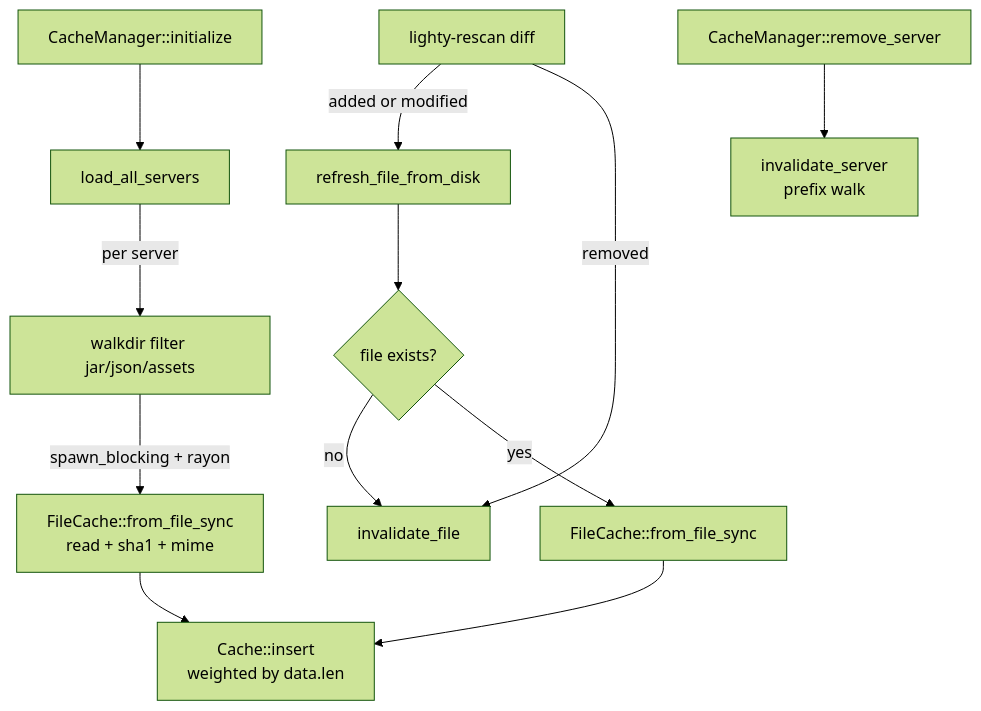
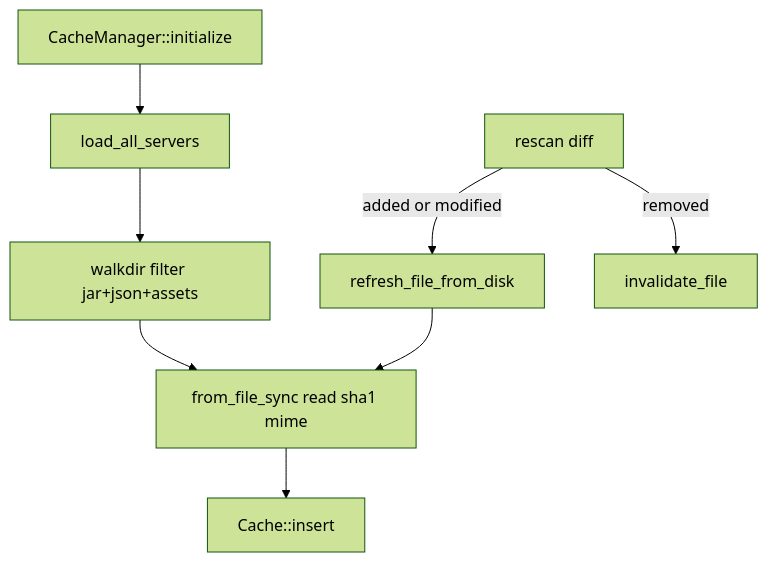
Before and after one commit to Lighty-Launcher/LightyUpdater: the diagram in crates/file-cache/docs/overview.md, drawn with Mermaid (forest theme). The commit also changed other lines of this file and 22 other files, not shown here.

First line of the commit message:
Simplify per-crate docs + harden mermaid for GitBook

````diff
--- a/crates/file-cache/docs/overview.md
+++ b/crates/file-cache/docs/overview.md
@@ -23,16 +20,11 @@
 ```mermaid
 flowchart TD
     Boot[CacheManager::initialize] --> Load[load_all_servers]
-    Load -->|per server| Walk[walkdir filter jar/json/assets]
-    Walk -->|spawn_blocking + rayon| Hash[FileCache::from_file_sync<br/>read + sha1 + mime]
-    Hash --> Insert[Cache::insert<br/>weighted by data.len]
+    Load --> Walk[walkdir filter jar+json+assets]
+    Walk --> Hash[from_file_sync read sha1 mime]
+    Hash --> Insert[Cache::insert]
 
-    Rescan[lighty-rescan diff] -->|added or modified| Refresh[refresh_file_from_disk]
-    Refresh --> Exists{file exists?}
-    Exists -->|no| Inv[invalidate_file]
-    Exists -->|yes| HashOne[FileCache::from_file_sync]
-    HashOne --> Insert
-    Rescan -->|removed| Inv
-
-    Remove[CacheManager::remove_server] --> InvAll[invalidate_server<br/>prefix walk]
+    Rescan[rescan diff] -->|added or modified| Refresh[refresh_file_from_disk]
+    Refresh --> Hash
+    Rescan -->|removed| Inv[invalidate_file]
 ```
````
